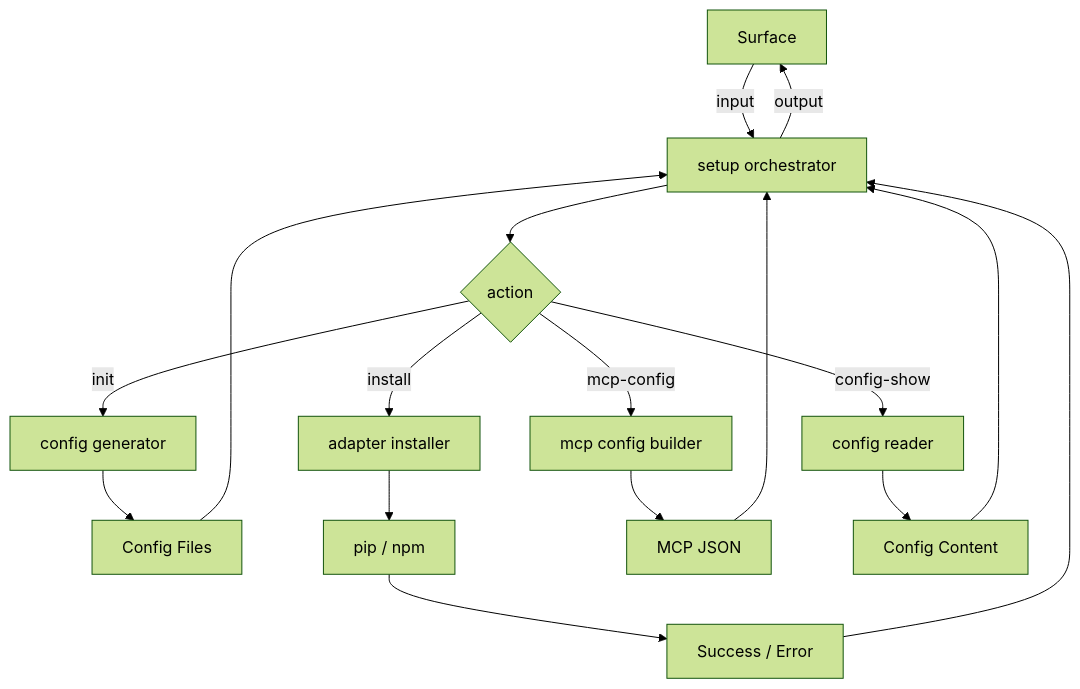
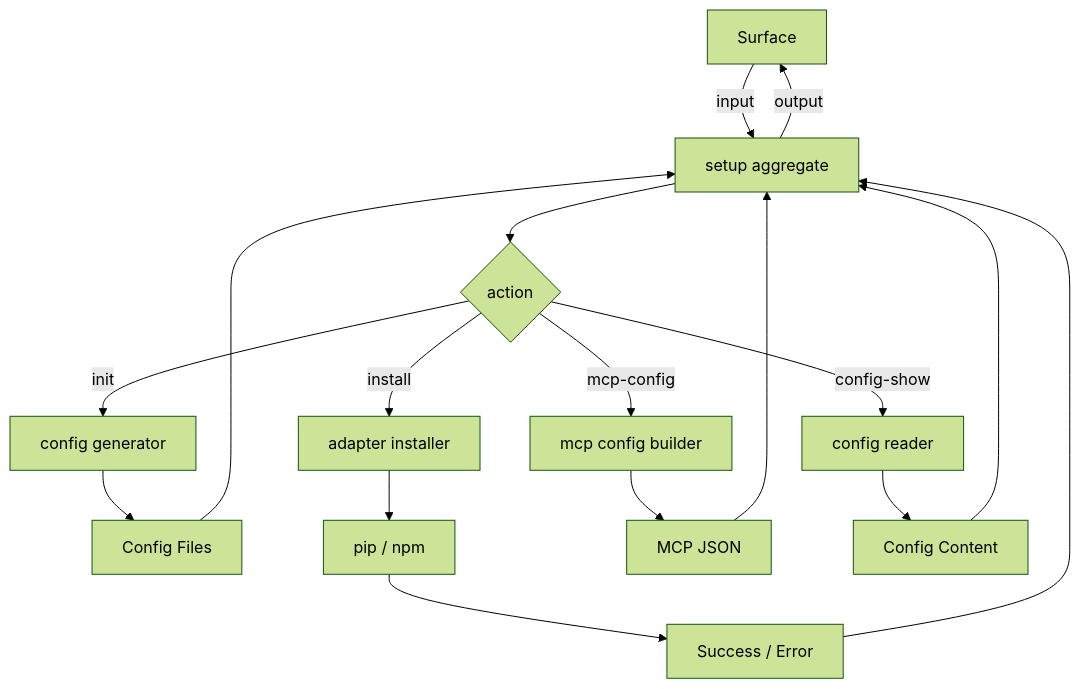
One commit to rakaarwaky/lint-arwaky changed the diagram in crates/project-setup/FRD.md. Above: the diagram before and after it, drawn with Mermaid (forest theme). The commit also changed other lines of this file and 60 other files, not shown here.

First line of the commit message:
feat(graph-loop): Implement state manager and trigger scanner for pipeline orchestration

````diff
--- a/crates/project-setup/FRD.md
+++ b/crates/project-setup/FRD.md
@@ -26,23 +25,23 @@
 ```mermaid
 flowchart TD
-    A["Surface"] -->|input| B["setup orchestrator"]
+    A["Surface"] -->|input| B["setup aggregate"]
     B --> C{"action"}
 
     C -->|"init"| D["config generator"]
     C -->|"install"| E["adapter installer"]
     C -->|"mcp-config"| F["mcp config builder"]
     C -->|"config-show"| G["config reader"]
 
     D --> H["Config Files"]
     E --> I["pip / npm"]
     I --> J["Success / Error"]
     F --> K["MCP JSON"]
     G --> L["Config Content"]
 
     H --> B
     J --> B
     K --> B
     L --> B
     B -->|output| A
 
 ```
````
